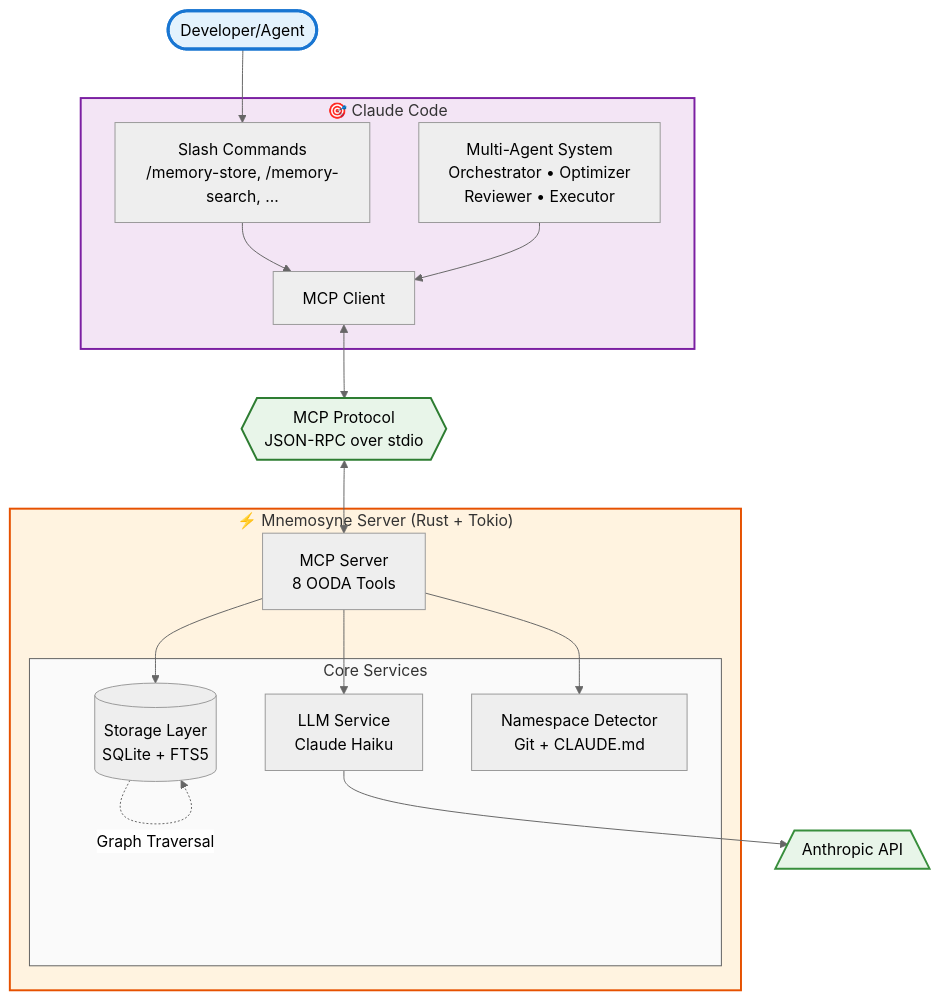
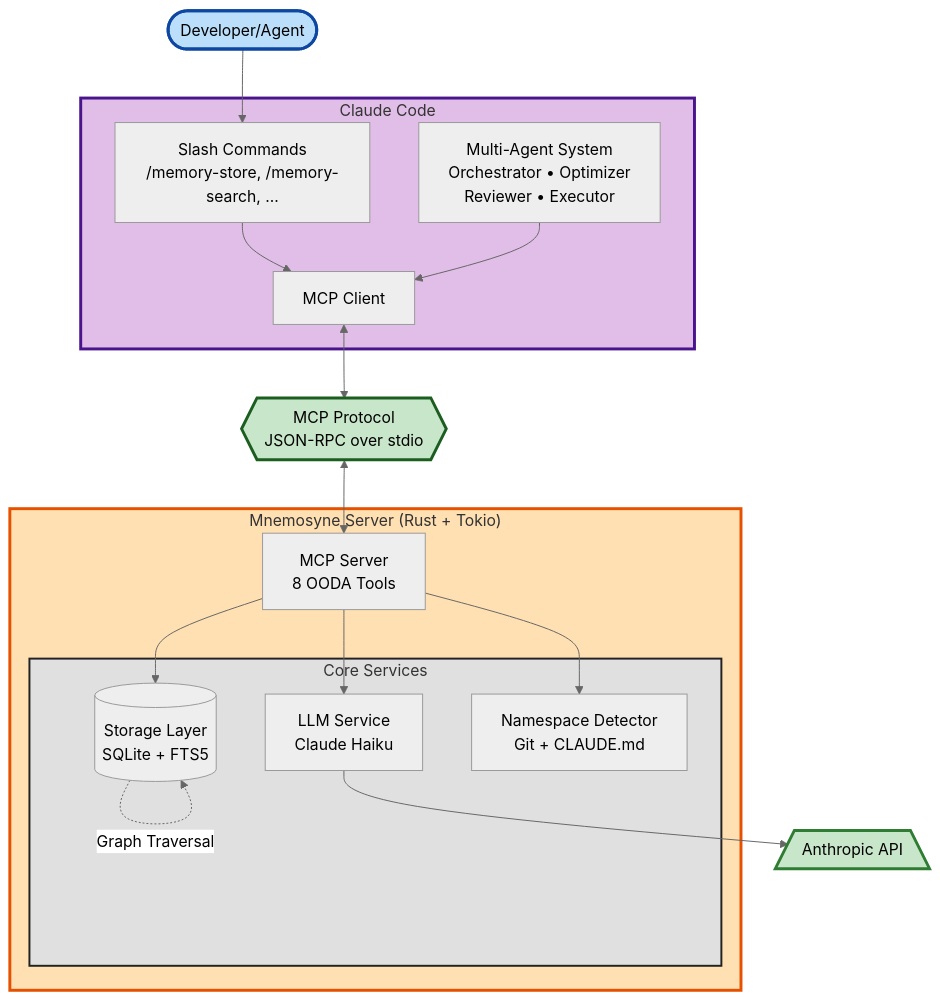
One commit to rand/mnemosyne changed the diagram in README.md. Above: the diagram before and after it, drawn with Mermaid (neutral theme). The commit also changed 2 other files, not shown here.

Commit message:
Remove emoji and increase contrast in all diagrams
Changes:
- Remove all emoji icons from diagram titles and messages
- Increase contrast with darker stroke colors
- Use thicker stroke widths (3px for main elements)
- Darker fill colors while maintaining color coding
- Improved readability with higher contrast ratios

Color updates:
- User: Light blue with dark blue stroke (#0d47a1)
- Claude Code: Light purple with deep purple stroke (#4a148c)
- Mnemosyne: Light orange with orange stroke (#e65100)
- Protocol: Light green with dark green stroke (#1b5e20)
- Services: Light gray with black stroke (#212121)
- API/External: Green with darker green stroke (#2e7d32)
- Database: Light blue with dark blue stroke (#0d47a1)

Benefits:
- Better accessibility with higher contrast
- Cleaner professional appearance without emoji
- Improved legibility in all viewing contexts
- Consistent styling across all documentation

````diff
--- a/README.md
+++ b/README.md
@@ -139,45 +139,45 @@
 ```mermaid
 flowchart TD
     User([Developer/Agent])
 
-    subgraph Claude["🎯 Claude Code"]
+    subgraph Claude["Claude Code"]
         UI[Slash Commands<br/>/memory-store, /memory-search, ...]
         MCP[MCP Client]
         Agents[Multi-Agent System<br/>Orchestrator • Optimizer<br/>Reviewer • Executor]
     end
 
     Protocol{{MCP Protocol<br/>JSON-RPC over stdio}}
 
-    subgraph Mnemosyne["⚡ Mnemosyne Server (Rust + Tokio)"]
+    subgraph Mnemosyne["Mnemosyne Server (Rust + Tokio)"]
         Server[MCP Server<br/>8 OODA Tools]
 
         subgraph Services["Core Services"]
             Storage[(Storage Layer<br/>SQLite + FTS5)]
             LLM[LLM Service<br/>Claude Haiku]
             NS[Namespace Detector<br/>Git + CLAUDE.md]
         end
     end
 
     API[/Anthropic API\]
 
     User --> UI
     UI --> MCP
     Agents --> MCP
     MCP <--> Protocol
     Protocol <--> Server
 
     Server --> Storage
     Server --> LLM
     Server --> NS
 
     LLM --> API
     Storage -.->|FTS5 Search| Storage
     Storage -.->|Graph Traversal| Storage
 
-    style User fill:#e3f2fd,stroke:#1976d2,stroke-width:3px
-    style Claude fill:#f3e5f5,stroke:#7b1fa2,stroke-width:2px
-    style Mnemosyne fill:#fff3e0,stroke:#e65100,stroke-width:2px
-    style Protocol fill:#e8f5e9,stroke:#2e7d32,stroke-width:2px
-    style Services fill:#fafafa,stroke:#616161,stroke-width:1px
-    style API fill:#e8f5e9,stroke:#388e3c,stroke-width:2px
+    style User fill:#bbdefb,stroke:#0d47a1,stroke-width:3px
+    style Claude fill:#e1bee7,stroke:#4a148c,stroke-width:3px
+    style Mnemosyne fill:#ffe0b2,stroke:#e65100,stroke-width:3px
+    style Protocol fill:#c8e6c9,stroke:#1b5e20,stroke-width:3px
+    style Services fill:#e0e0e0,stroke:#212121,stroke-width:2px
+    style API fill:#c8e6c9,stroke:#2e7d32,stroke-width:3px
 ```
````
